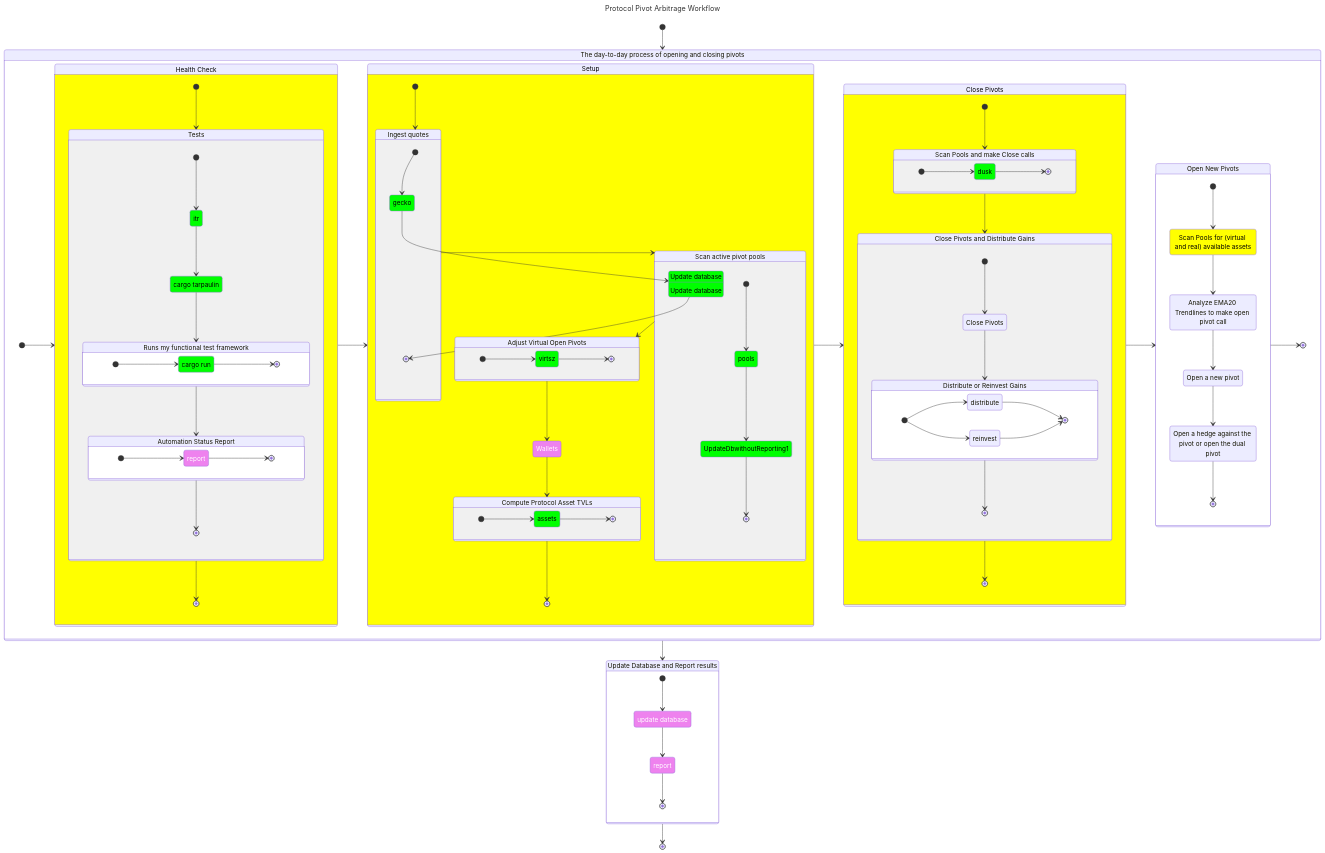
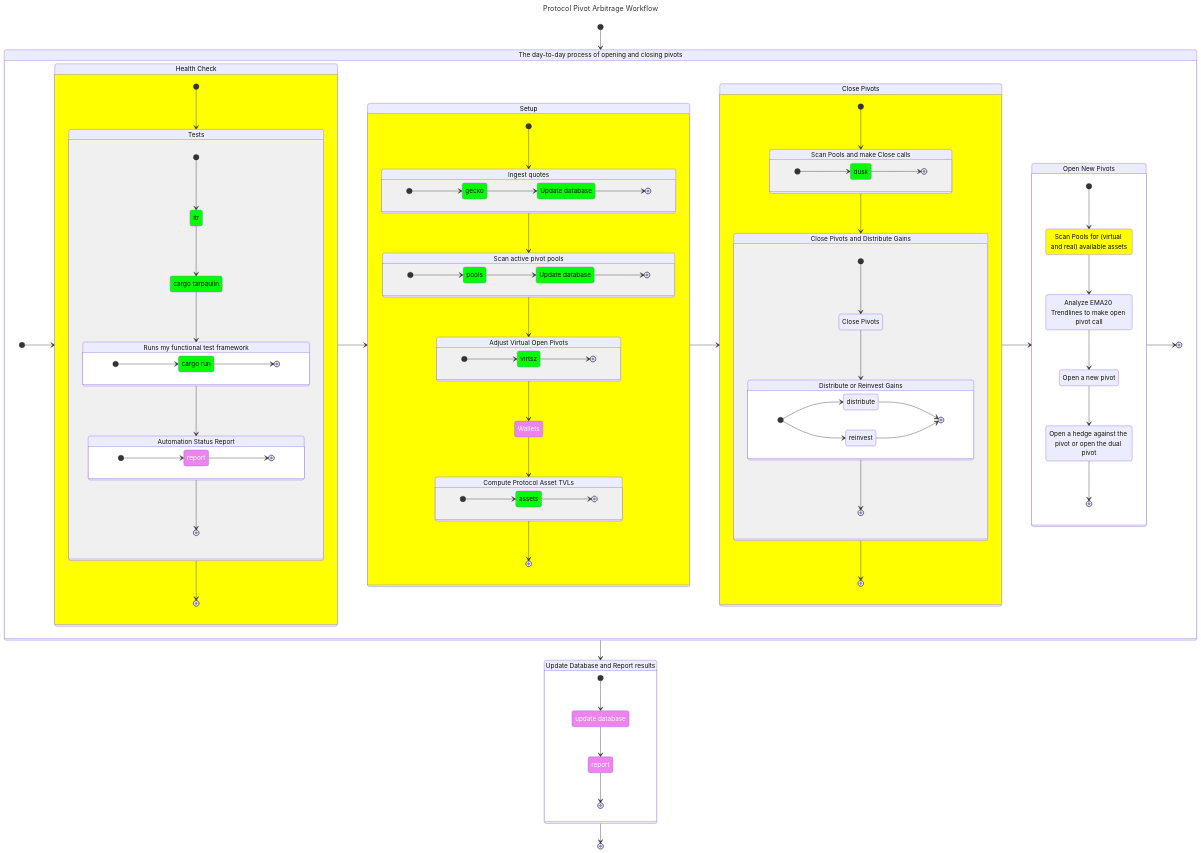
Before and after one commit to pivoteur/protocol: the diagram in dapps/README.md, drawn with Mermaid.

Commit message:
Reupdated dapps state-diagram (correcting database update-flow)

```diff
--- a/dapps/README.md
+++ b/dapps/README.md
@@ -121,7 +121,7 @@
          pools --> UpdateDbwithoutReporting1
          UpdateDbwithoutReporting1 --> [*]
 
-         UpdateDbwithoutReporting2: Update database
+         UpdateDbwithoutReporting1: Update database
       }
 
       AdjustVirtualPivots: Adjust Virtual Open Pivots
```
